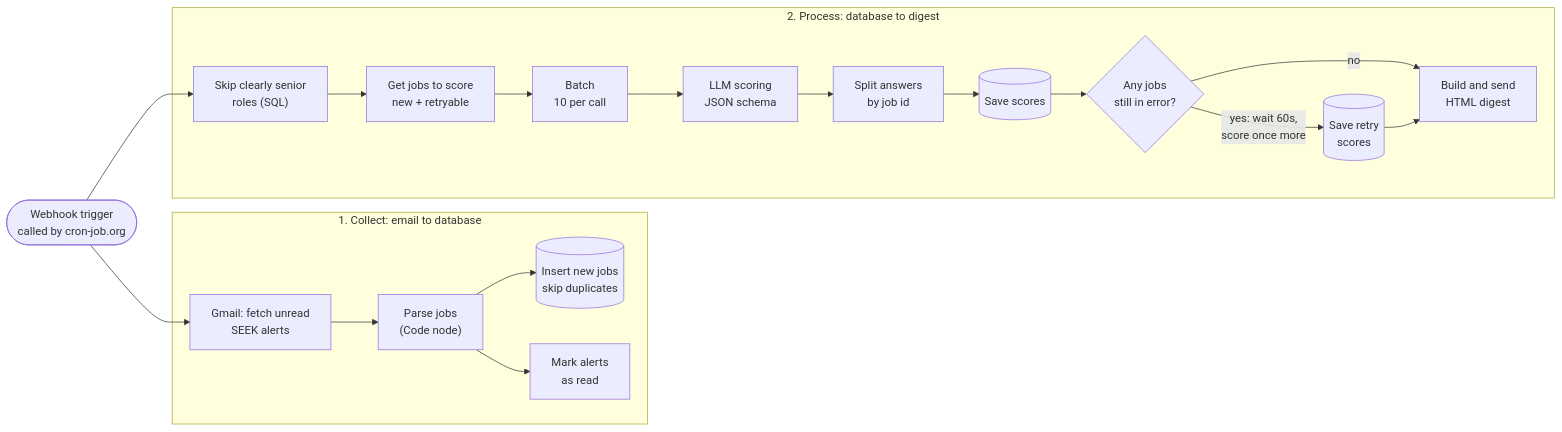
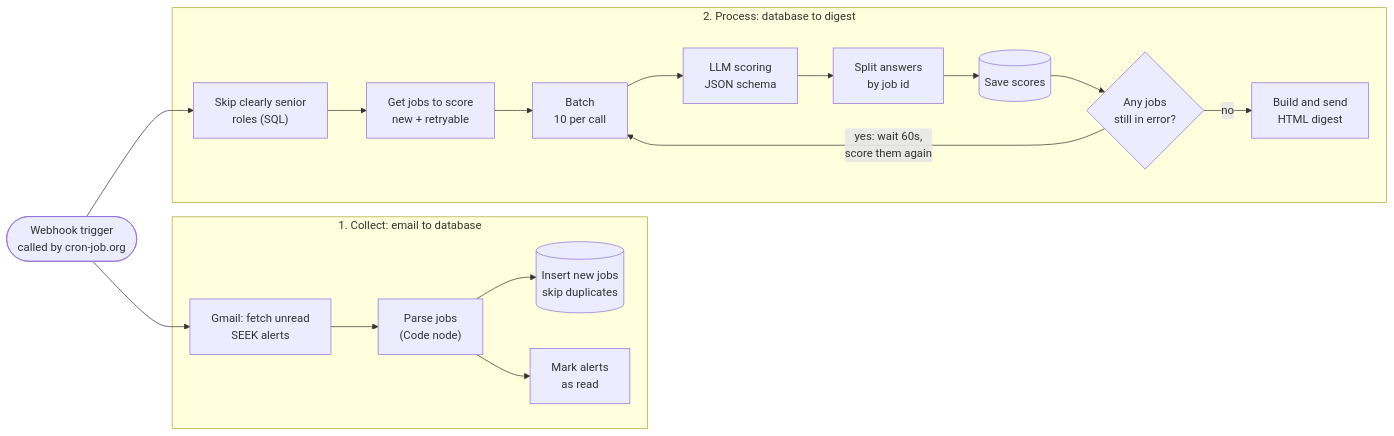
One commit to bilitixi/n8n-job-seek-workflow changed the diagram in README.md. Above: the diagram before and after it, drawn with Mermaid. The commit also changed other lines of this file and 7 other files, not shown here.

````diff
--- a/README.md
+++ b/README.md
@@ -15,25 +15,24 @@
 ```mermaid
 flowchart LR
     T(["Webhook trigger<br/>called by cron-job.org"])
 
     subgraph COLLECT["1. Collect: email to database"]
         A1["Gmail: fetch unread<br/>SEEK alerts"] --> A2["Parse jobs<br/>(Code node)"]
         A2 --> A3[("Insert new jobs<br/>skip duplicates")]
         A2 --> A4["Mark alerts<br/>as read"]
     end
 
     subgraph PROCESS["2. Process: database to digest"]
         B1["Skip clearly senior<br/>roles (SQL)"] --> B2["Get jobs to score<br/>new + retryable"]
         B2 --> B3["Batch<br/>10 per call"]
         B3 --> B4["LLM scoring<br/>JSON schema"]
         B4 --> B5["Split answers<br/>by job id"]
         B5 --> B6[("Save scores")]
         B6 --> B8{"Any jobs<br/>still in error?"}
-        B8 -- "yes: wait 60s,<br/>score once more" --> B9[("Save retry<br/>scores")]
+        B8 -- "yes: wait 60s,<br/>score them again" --> B3
         B8 -- no --> B7["Build and send<br/>HTML digest"]
-        B9 --> B7
     end
 
     T --> A1
     T --> B1
 ```
````
